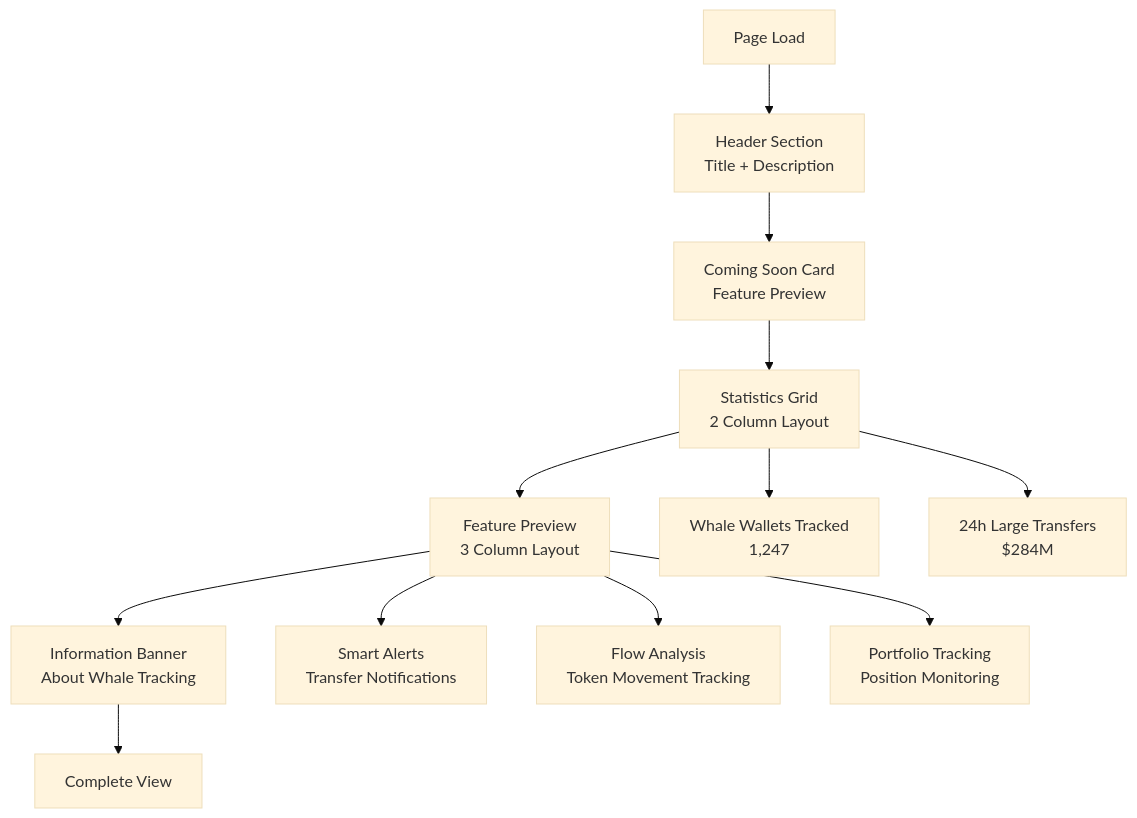
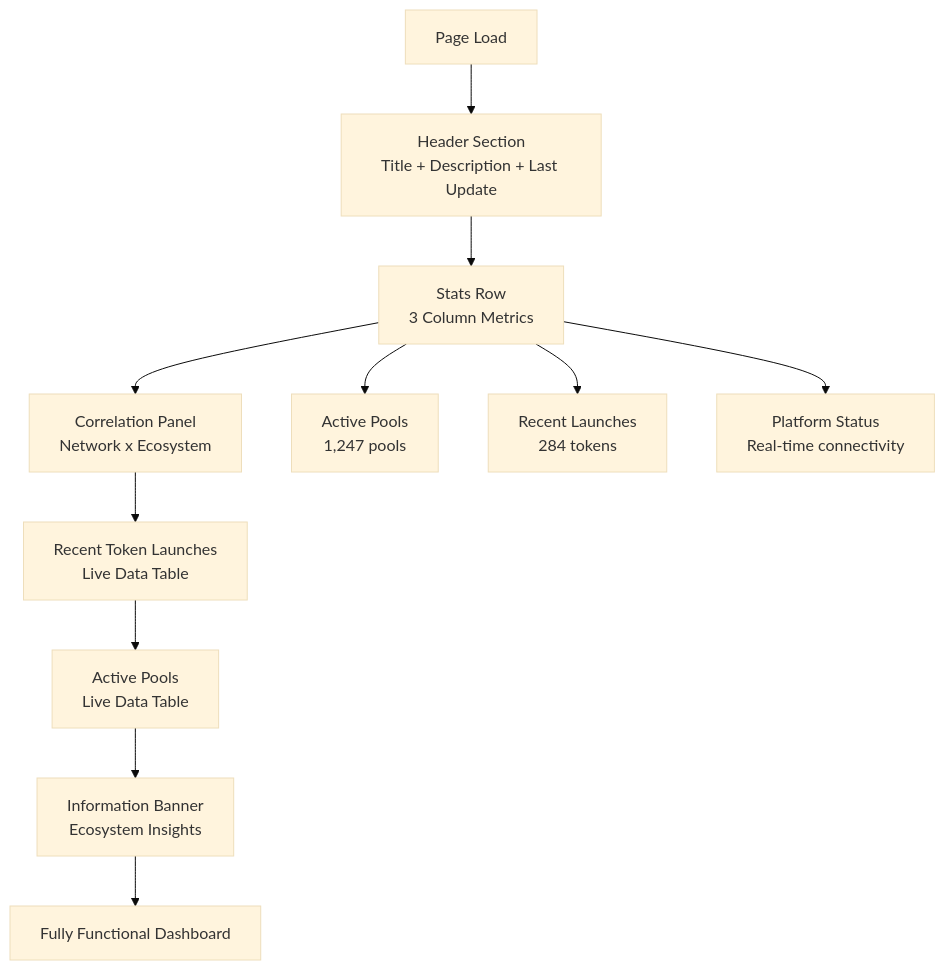
One commit to RunTimeAdmin/InfraWatch changed the third of 3 diagrams in .qoder/repowiki/en/content/Features & Functionality/Bags Ecosystem Page.md. Above: the diagram before and after it, drawn with Mermaid (base theme). The commit also changed other lines of this file and 12 other files, not shown here.

````diff
--- a/.qoder/repowiki/en/content/Features & Functionality/Bags Ecosystem Page.md
+++ b/.qoder/repowiki/en/content/Features & Functionality/Bags Ecosystem Page.md
@@ -147,14 +204,13 @@
 ```mermaid
 flowchart TD
-PageStart["Page Load"] --> HeaderSection["Header Section<br/>Title + Description"]
-HeaderSection --> ComingSoonCard["Coming Soon Card<br/>Feature Preview"]
-ComingSoonCard --> StatsGrid["Statistics Grid<br/>2 Column Layout"]
-StatsGrid --> FeaturePreview["Feature Preview<br/>3 Column Layout"]
-FeaturePreview --> InfoBanner["Information Banner<br/>About Whale Tracking"]
-InfoBanner --> PageEnd["Complete View"]
-StatsGrid --> StatCard1["Whale Wallets Tracked<br/>1,247"]
-StatsGrid --> StatCard2["24h Large Transfers<br/>$284M"]
-FeaturePreview --> SmartAlerts["Smart Alerts<br/>Transfer Notifications"]
-FeaturePreview --> FlowAnalysis["Flow Analysis<br/>Token Movement Tracking"]
-FeaturePreview --> PortfolioTracking["Portfolio Tracking<br/>Position Monitoring"]
+PageLoad["Page Load"] --> HeaderSection["Header Section<br/>Title + Description + Last Update"]
+HeaderSection --> StatsRow["Stats Row<br/>3 Column Metrics"]
+StatsRow --> CorrelationPanel["Correlation Panel<br/>Network x Ecosystem"]
+CorrelationPanel --> LaunchesTable["Recent Token Launches<br/>Live Data Table"]
+LaunchesTable --> PoolsTable["Active Pools<br/>Live Data Table"]
+PoolsTable --> InfoBanner["Information Banner<br/>Ecosystem Insights"]
+InfoBanner --> CompleteView["Fully Functional Dashboard"]
+StatsRow --> ActivePoolsCard["Active Pools<br/>1,247 pools"]
+StatsRow --> RecentLaunchesCard["Recent Launches<br/>284 tokens"]
+StatsRow --> PlatformStatusCard["Platform Status<br/>Real-time connectivity"]
 ```
````
